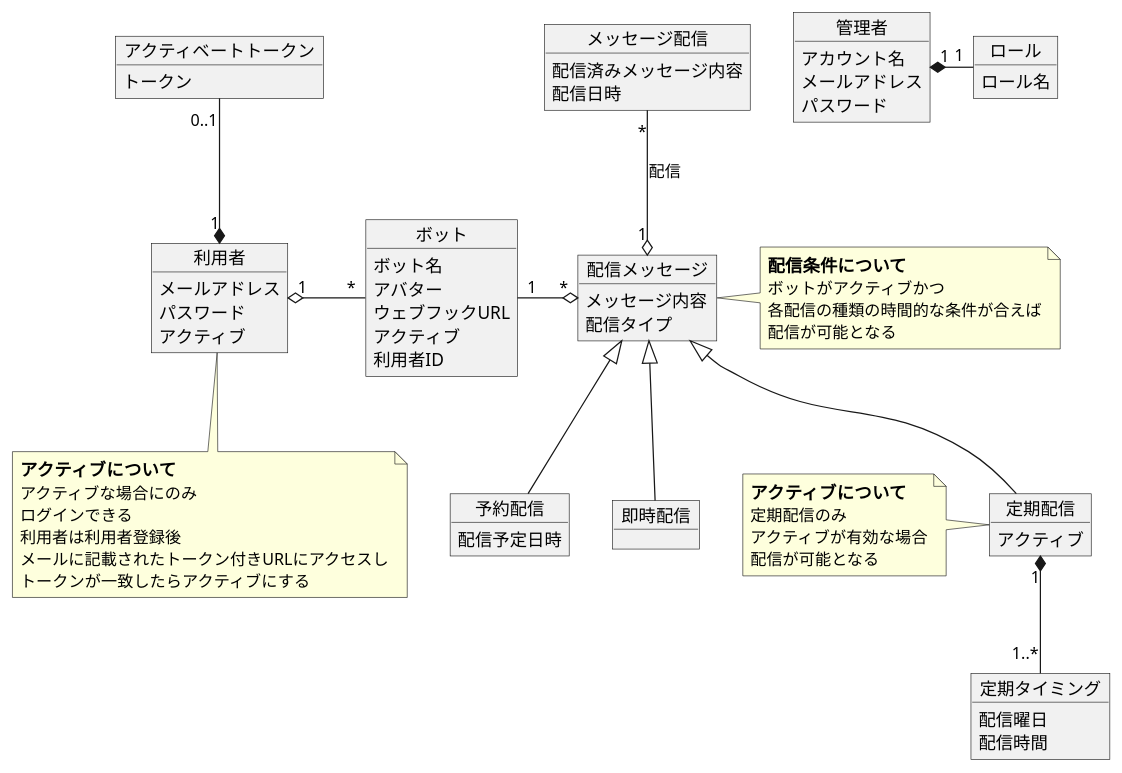
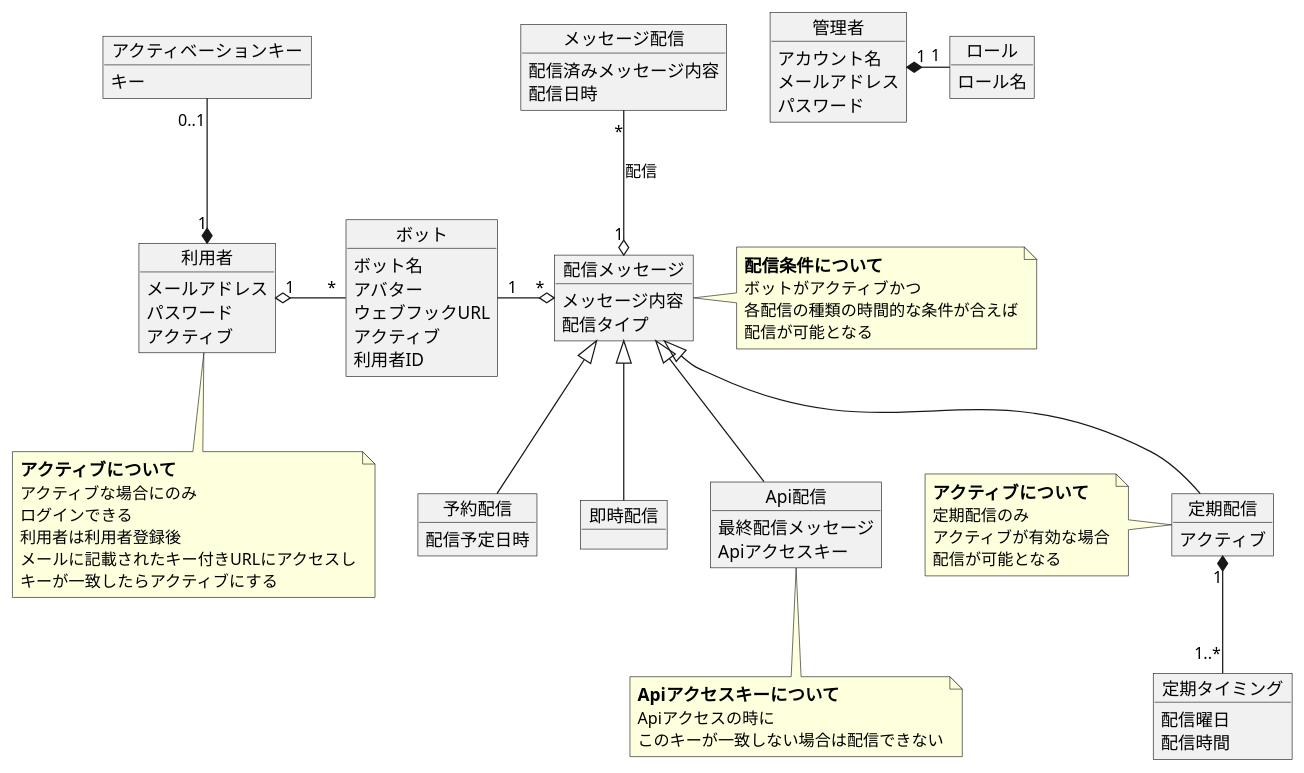
Before and after one commit to takemo101/dc-scheduler: the diagram in document/analysis/model.puml, drawn with PlantUML. The commit also changed 47 other files, not shown here.

```diff
--- a/document/analysis/model.puml
+++ b/document/analysis/model.puml
@@ -1,78 +1,88 @@
 @startuml model
 
 object ボット {
     ボット名
     アバター
     ウェブフックURL
     アクティブ
     利用者ID
 }
 object 配信メッセージ {
     メッセージ内容
     配信タイプ
 }
 note right
 === 配信条件について
 ボットがアクティブかつ
 各配信の種類の時間的な条件が合えば
 配信が可能となる
 end note
 object 予約配信 {
     配信予定日時
 }
 object 定期配信 {
     アクティブ
 }
 note left
 === アクティブについて
 定期配信のみ
 アクティブが有効な場合
 配信が可能となる
 end note
 object 即時配信 {
 }
 object 定期タイミング {
     配信曜日
     配信時間
 }
+object Api配信 {
+    最終配信メッセージ
+    Apiアクセスキー
+}
+note bottom
+=== Apiアクセスキーについて
+Apiアクセスの時に
+このキーが一致しない場合は配信できない
+end note
 object 管理者 {
     アカウント名
     メールアドレス
     パスワード
 }
 object メッセージ配信 {
     配信済みメッセージ内容
     配信日時
 }
 object ロール {
     ロール名
 }
 object 利用者 {
     メールアドレス
     パスワード
     アクティブ
 }
 note bottom
 === アクティブについて
 アクティブな場合にのみ
 ログインできる
 利用者は利用者登録後
-メールに記載されたトークン付きURLにアクセスし
-トークンが一致したらアクティブにする
+メールに記載されたキー付きURLにアクセスし
+キーが一致したらアクティブにする
 end note
-object アクティベートトークン {
-    トークン
+object アクティベーションキー {
+    キー
 }
 
-アクティベートトークン "0..1" --* "1" 利用者
+アクティベーションキー "0..1" --* "1" 利用者
 利用者 "1" o- "*" ボット
 ボット "1" -o "*" 配信メッセージ
 配信メッセージ <|-- 即時配信
 配信メッセージ <|-- 予約配信
 配信メッセージ <|-- 定期配信
+配信メッセージ <|-- Api配信
 定期配信 "1" *-- "1..*" 定期タイミング
 メッセージ配信 "*" --o "1" 配信メッセージ : 配信
 
 管理者 "1" *- "1" ロール
 
 @enduml
```
